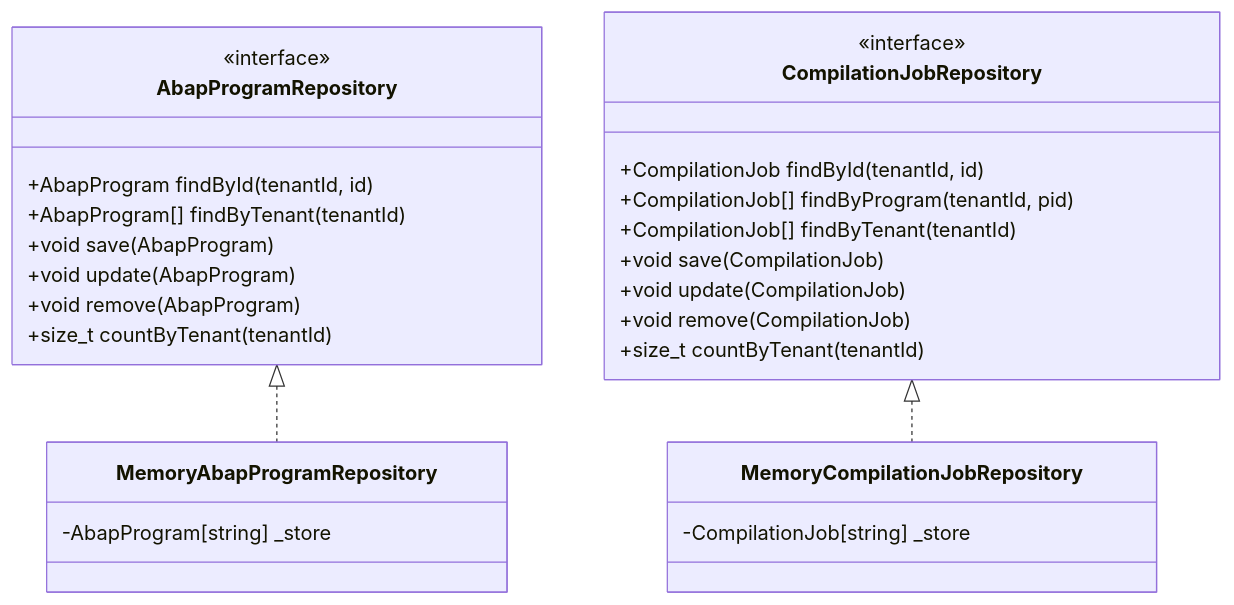
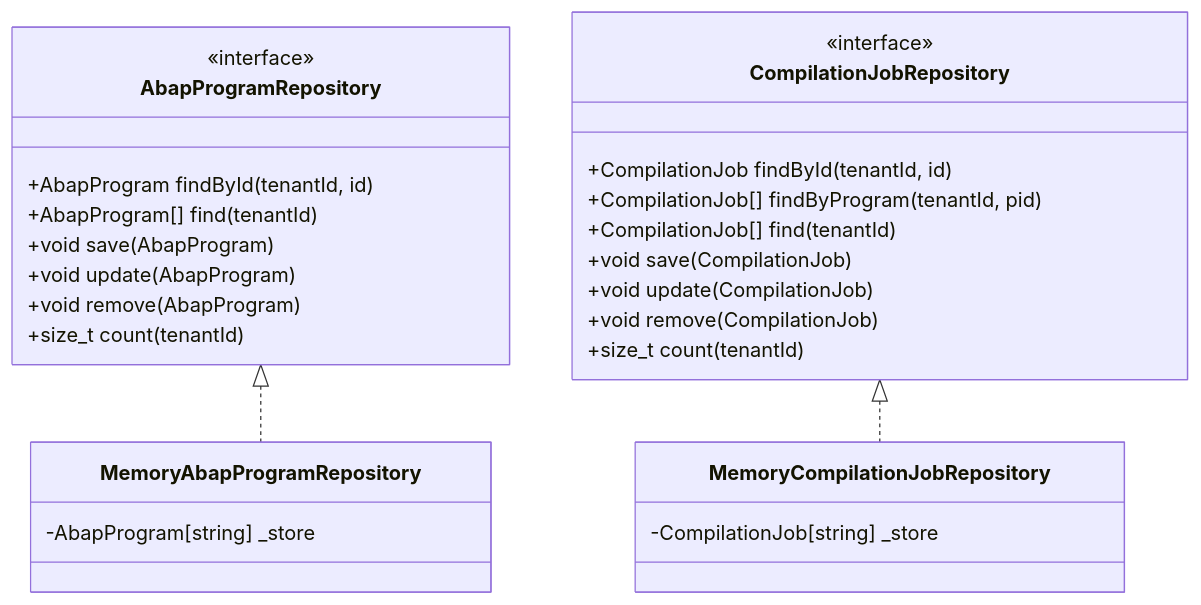
The fourth of 8 diagrams in abap-compiler/UML.md (UIMSolutions/uim-platform), drawn with Mermaid before and after one commit. The commit also changed 55 other files, not shown here.

````diff
--- a/abap-compiler/UML.md
+++ b/abap-compiler/UML.md
@@ -147,34 +147,34 @@
 ```mermaid
 classDiagram
     class AbapProgramRepository {
         <<interface>>
         +AbapProgram findById(tenantId, id)
-        +AbapProgram[] findByTenant(tenantId)
+        +AbapProgram[] find(tenantId)
         +void save(AbapProgram)
         +void update(AbapProgram)
         +void remove(AbapProgram)
-        +size_t countByTenant(tenantId)
+        +size_t count(tenantId)
     }
 
     class CompilationJobRepository {
         <<interface>>
         +CompilationJob findById(tenantId, id)
         +CompilationJob[] findByProgram(tenantId, pid)
-        +CompilationJob[] findByTenant(tenantId)
+        +CompilationJob[] find(tenantId)
         +void save(CompilationJob)
         +void update(CompilationJob)
         +void remove(CompilationJob)
-        +size_t countByTenant(tenantId)
+        +size_t count(tenantId)
     }
 
     class MemoryAbapProgramRepository {
         -AbapProgram[string] _store
     }
 
     class MemoryCompilationJobRepository {
         -CompilationJob[string] _store
     }
 
     AbapProgramRepository <|.. MemoryAbapProgramRepository
     CompilationJobRepository <|.. MemoryCompilationJobRepository
 ```
````
